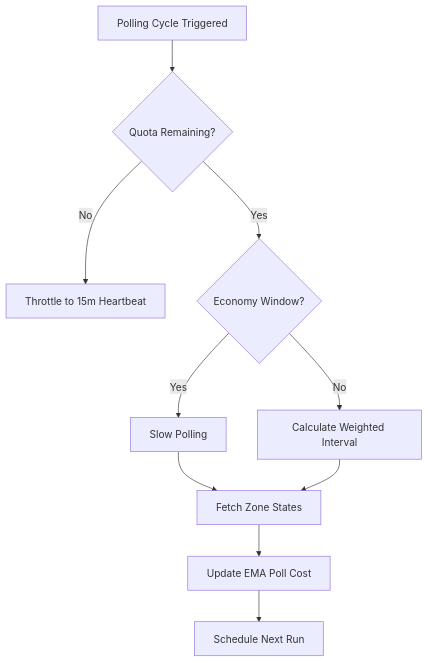
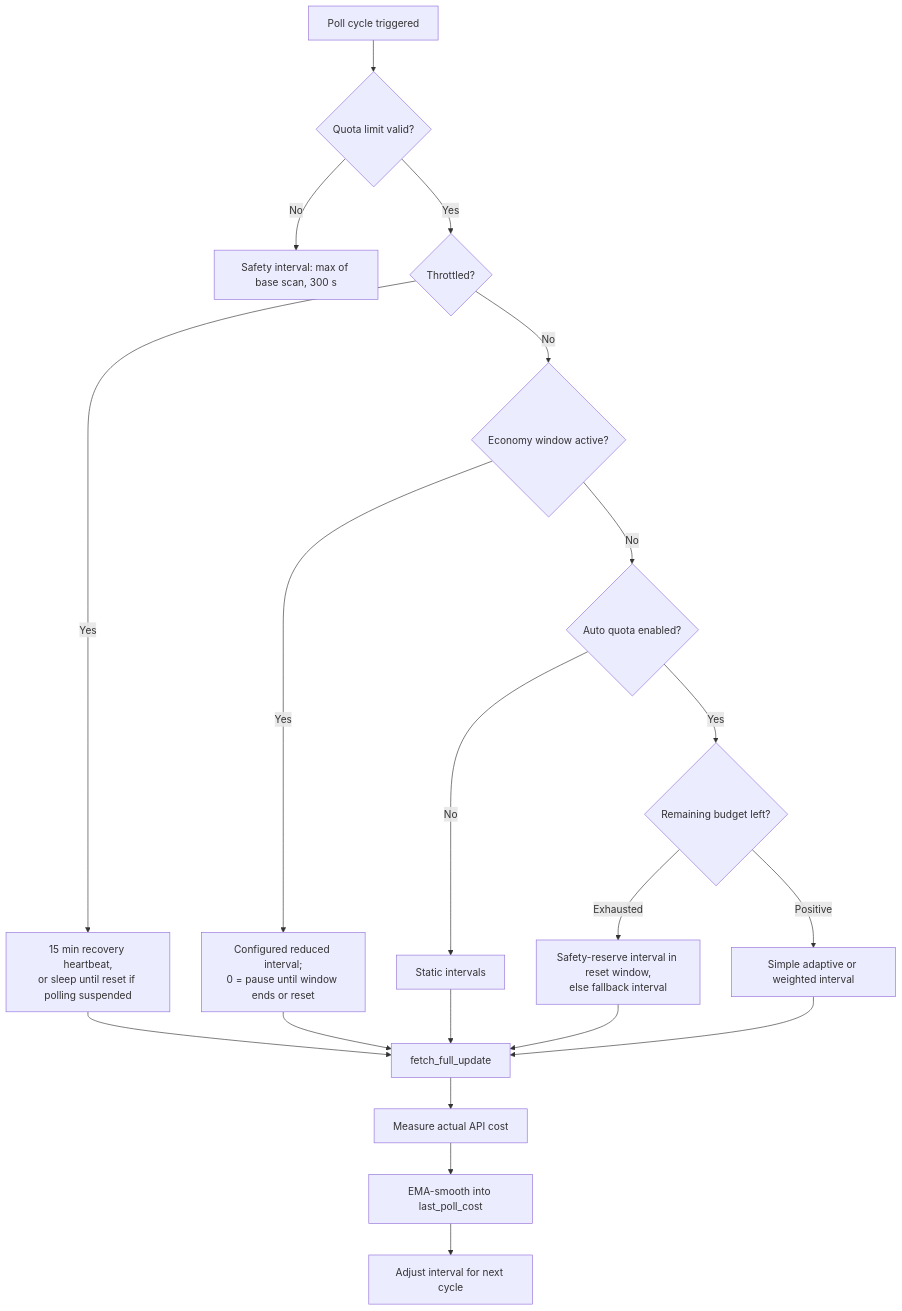
The second of 2 diagrams in docs/DESIGN.md (banter240/tado_hijack), drawn with Mermaid before and after one commit. The commit also changed other lines of this file and 5 other files, not shown here.

````diff
--- a/docs/DESIGN.md
+++ b/docs/DESIGN.md
@@ -49,14 +77,22 @@
 ```mermaid
 graph TD
-    Start[Polling Cycle Triggered] --> Budget{Quota Remaining?}
-    Budget -- No --> Throttled[Throttle to 15m Heartbeat]
-    Budget -- Yes --> Mode{Economy Window?}
-
-    Mode -- Yes --> Slow[Slow Polling]
-    Mode -- No --> Calc[Calculate Weighted Interval]
-
-    Slow --> Poll
-    Calc --> Poll[Fetch Zone States]
-    Poll --> EMA[Update EMA Poll Cost]
-    EMA --> Scheduler[Schedule Next Run]
+    Start[Poll cycle triggered] --> Limit{Quota limit valid?}
+    Limit -- No --> SafeInt[Safety interval: max of base scan, 300 s]
+    Limit -- Yes --> Thr{Throttled?}
+    Thr -- Yes --> Rec[15 min recovery heartbeat,<br/>or sleep until reset if polling suspended]
+    Thr -- No --> Econ{Economy window active?}
+    Econ -- Yes --> Red[Configured reduced interval;<br/>0 = pause until window ends or reset]
+    Econ -- No --> Auto{Auto quota enabled?}
+    Auto -- No --> Static[Static intervals]
+    Auto -- Yes --> Bud{Remaining budget left?}
+    Bud -- Exhausted --> Res[Safety-reserve interval in reset window,<br/>else fallback interval]
+    Bud -- Positive --> Adapt[Simple adaptive or weighted interval]
+    Rec --> Fetch[fetch_full_update]
+    Red --> Fetch
+    Static --> Fetch
+    Res --> Fetch
+    Adapt --> Fetch
+    Fetch --> Cost[Measure actual API cost]
+    Cost --> EMA[EMA-smooth into last_poll_cost]
+    EMA --> Next[Adjust interval for next cycle]
 ```
````
